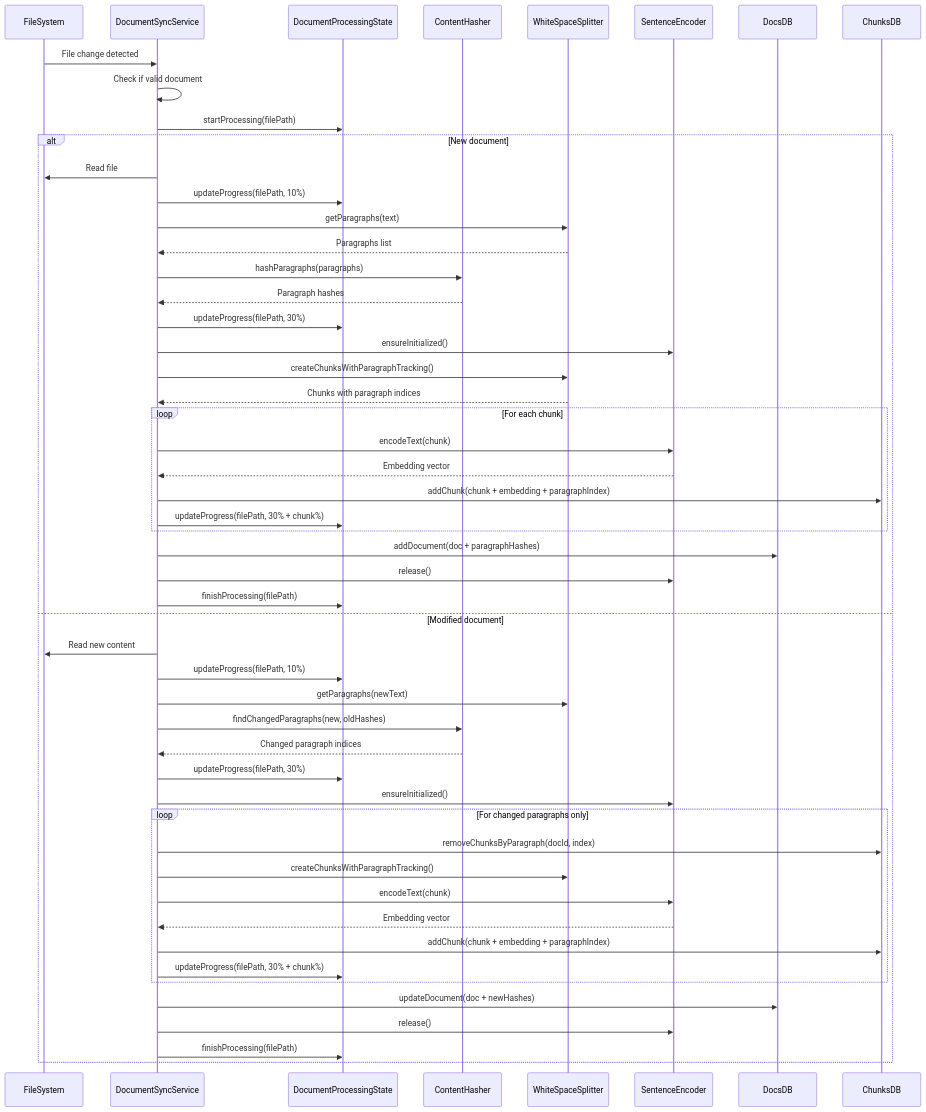
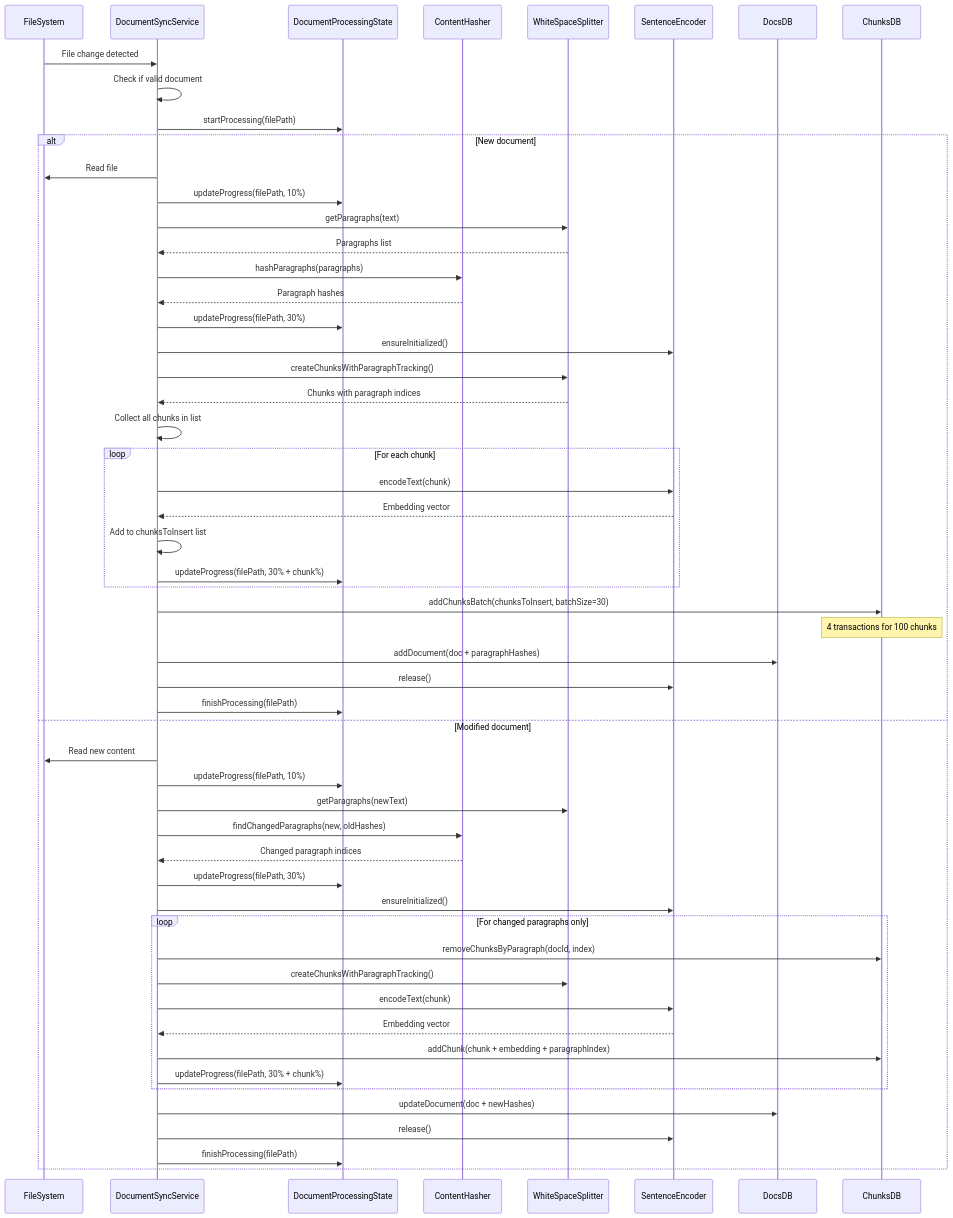
The third of 5 diagrams in app/architecture-diagrams.md (bismansahni/Qualcomm-ondevice-rag), drawn with Mermaid before and after one commit. The commit also changed other lines of this file and 2 other files, not shown here.

Commit message:
improved threading and arch diagram.

````diff
--- a/app/architecture-diagrams.md
+++ b/app/architecture-diagrams.md
@@ -118,62 +123,65 @@
 ```mermaid
 sequenceDiagram
     participant FileSystem
     participant DocSync as DocumentSyncService
     participant ProcState as DocumentProcessingState
     participant Hasher as ContentHasher
     participant Splitter as WhiteSpaceSplitter
     participant Encoder as SentenceEncoder
     participant DocsDB
     participant ChunksDB
 
     FileSystem->>DocSync: File change detected
     DocSync->>DocSync: Check if valid document
     DocSync->>ProcState: startProcessing(filePath)
 
     alt New document
         DocSync->>FileSystem: Read file
         DocSync->>ProcState: updateProgress(filePath, 10%)
         DocSync->>Splitter: getParagraphs(text)
         Splitter-->>DocSync: Paragraphs list
         DocSync->>Hasher: hashParagraphs(paragraphs)
         Hasher-->>DocSync: Paragraph hashes
         DocSync->>ProcState: updateProgress(filePath, 30%)
         DocSync->>Encoder: ensureInitialized()
 
         DocSync->>Splitter: createChunksWithParagraphTracking()
         Splitter-->>DocSync: Chunks with paragraph indices
 
+        DocSync->>DocSync: Collect all chunks in list
         loop For each chunk
             DocSync->>Encoder: encodeText(chunk)
             Encoder-->>DocSync: Embedding vector
-            DocSync->>ChunksDB: addChunk(chunk + embedding + paragraphIndex)
+            DocSync->>DocSync: Add to chunksToInsert list
             DocSync->>ProcState: updateProgress(filePath, 30% + chunk%)
         end
 
+        DocSync->>ChunksDB: addChunksBatch(chunksToInsert, batchSize=30)
+        Note over ChunksDB: 4 transactions for 100 chunks
         DocSync->>DocsDB: addDocument(doc + paragraphHashes)
         DocSync->>Encoder: release()
         DocSync->>ProcState: finishProcessing(filePath)
     else Modified document
         DocSync->>FileSystem: Read new content
         DocSync->>ProcState: updateProgress(filePath, 10%)
         DocSync->>Splitter: getParagraphs(newText)
         DocSync->>Hasher: findChangedParagraphs(new, oldHashes)
         Hasher-->>DocSync: Changed paragraph indices
         DocSync->>ProcState: updateProgress(filePath, 30%)
 
         DocSync->>Encoder: ensureInitialized()
 
         loop For changed paragraphs only
             DocSync->>ChunksDB: removeChunksByParagraph(docId, index)
             DocSync->>Splitter: createChunksWithParagraphTracking()
             DocSync->>Encoder: encodeText(chunk)
             Encoder-->>DocSync: Embedding vector
             DocSync->>ChunksDB: addChunk(chunk + embedding + paragraphIndex)
             DocSync->>ProcState: updateProgress(filePath, 30% + chunk%)
         end
 
         DocSync->>DocsDB: updateDocument(doc + newHashes)
         DocSync->>Encoder: release()
         DocSync->>ProcState: finishProcessing(filePath)
     end
 ```
````
